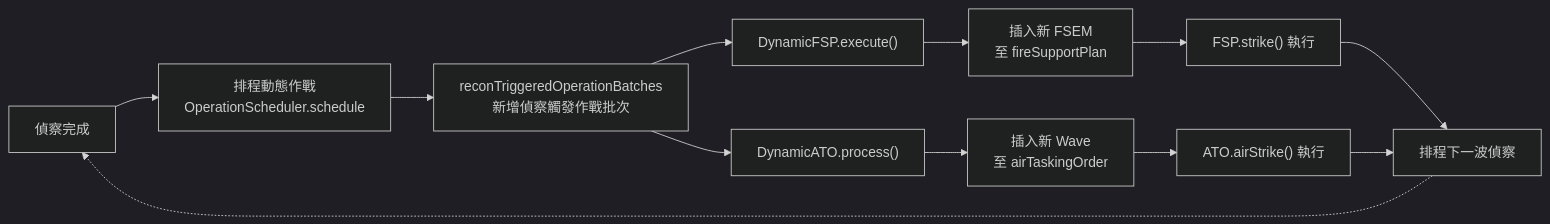
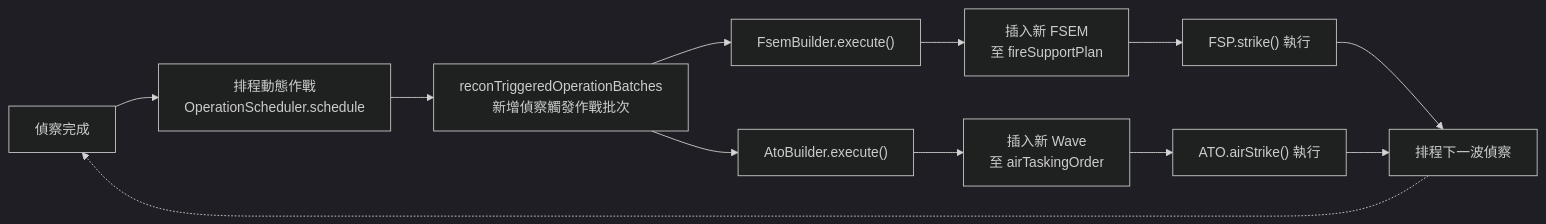
Before and after one commit to pullupjumper/formosa-in-flames: the second of 3 diagrams in docs/strikePlanner/README.md, drawn with Mermaid (dark theme). The commit also changed other lines of this file and 8 other files, not shown here.

````diff
--- a/docs/strikePlanner/README.md
+++ b/docs/strikePlanner/README.md
@@ -121,25 +121,25 @@
 ```mermaid
 flowchart LR
     RECON_COMPLETE["偵察完成"]
     SCHED["排程動態作戰<br>OperationScheduler.schedule"]
     RECON_SCHED["reconTriggeredOperationBatches<br>新增偵察觸發作戰批次"]
-    DFSP_EXEC["DynamicFSP.execute()"]
-    DATO_EXEC["DynamicATO.process()"]
+    DFSP_EXEC["FsemBuilder.execute()"]
+    DATO_EXEC["AtoBuilder.execute()"]
     FSP_INSERT["插入新 FSEM<br>至 fireSupportPlan"]
     ATO_INSERT["插入新 Wave<br>至 airTaskingOrder"]
     FSP_EXEC["FSP.strike() 執行"]
     ATO_EXEC["ATO.airStrike() 執行"]
     NEXT_RECON["排程下一波偵察"]
 
     RECON_COMPLETE --> SCHED
     SCHED --> RECON_SCHED
     RECON_SCHED --> DFSP_EXEC
     RECON_SCHED --> DATO_EXEC
     DFSP_EXEC --> FSP_INSERT
     DATO_EXEC --> ATO_INSERT
     FSP_INSERT --> FSP_EXEC
     ATO_INSERT --> ATO_EXEC
     FSP_EXEC --> NEXT_RECON
     ATO_EXEC --> NEXT_RECON
     NEXT_RECON -.-> RECON_COMPLETE
 ```
````
